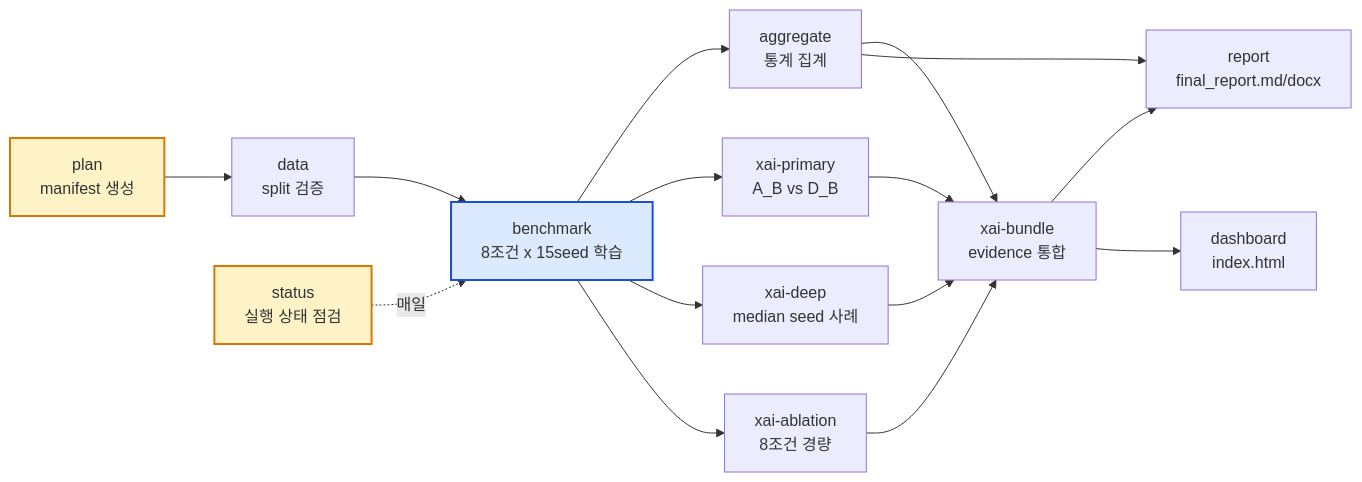
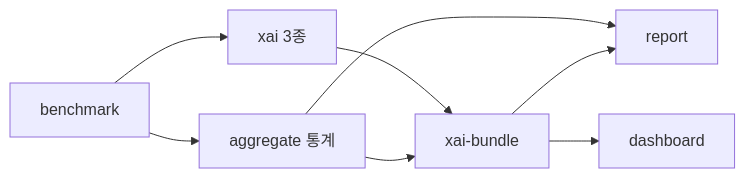
One commit to WinterFlw/Big_data_Programming changed the second of 17 diagrams in v2/docs/24_architecture.md. Above: the diagram before and after it, drawn with Mermaid. The commit also changed other lines of this file, not shown here.

First line of the commit message:
docs(v2): 아키텍처 Mermaid 전면 재작성 — 흐름 직관화

````diff
--- a/v2/docs/24_architecture.md
+++ b/v2/docs/24_architecture.md
@@ -13,23 +18,10 @@
 ```mermaid
 flowchart LR
-    plan[plan<br/>manifest 생성] --> data[data<br/>split 검증]
-    data --> benchmark[benchmark<br/>8조건 x 15seed 학습]
-    benchmark --> aggregate[aggregate<br/>통계 집계]
-    benchmark --> xaiP[xai-primary<br/>A_B vs D_B]
-    benchmark --> xaiD[xai-deep<br/>median seed 사례]
-    benchmark --> xaiA[xai-ablation<br/>8조건 경량]
-    aggregate --> bundle[xai-bundle<br/>evidence 통합]
-    xaiP --> bundle
-    xaiD --> bundle
-    xaiA --> bundle
-    bundle --> report[report<br/>final_report.md/docx]
-    bundle --> dashboard[dashboard<br/>index.html]
-    aggregate --> report
-
-    status[status<br/>실행 상태 점검] -.매일.-> benchmark
-
-    classDef gate fill:#fef3c7,stroke:#d97706,stroke-width:2px
-    classDef heavy fill:#dbeafe,stroke:#1d4ed8,stroke-width:2px
-    class benchmark heavy
-    class plan,status gate
+    benchmark[benchmark] --> agg[aggregate 통계]
+    benchmark --> xai[xai 3종]
+    agg --> bundle[xai-bundle]
+    xai --> bundle
+    bundle --> report[report]
+    bundle --> dash[dashboard]
+    agg --> report
 ```
````
